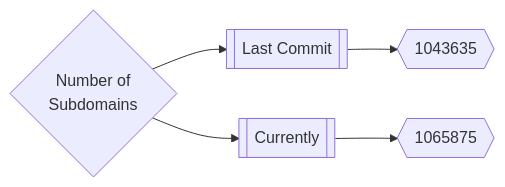
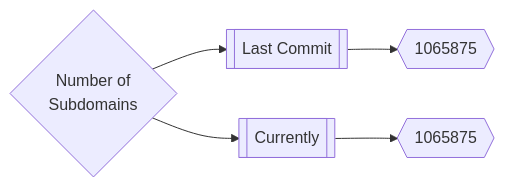
The first of 3 diagrams in README.md (trickest/inventory), drawn with Mermaid before and after one commit.

Commit message:
Update Sat Mar 26 04:04:31 UTC 2022

````diff
--- a/README.md
+++ b/README.md
@@ -165,5 +165,5 @@
 ```mermaid
 graph LR
-title{Number of<br>Subdomains} --> subdomainsDate1[[Last Commit]] --> subdomainsNum1{{1043635}}
+title{Number of<br>Subdomains} --> subdomainsDate1[[Last Commit]] --> subdomainsNum1{{1065875}}
 title --> subdomainsDate2[[Currently]] --> subdomainsNum2{{1065875}}
 ```
````
